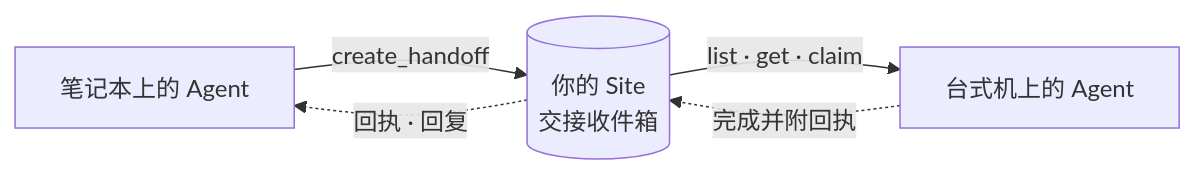
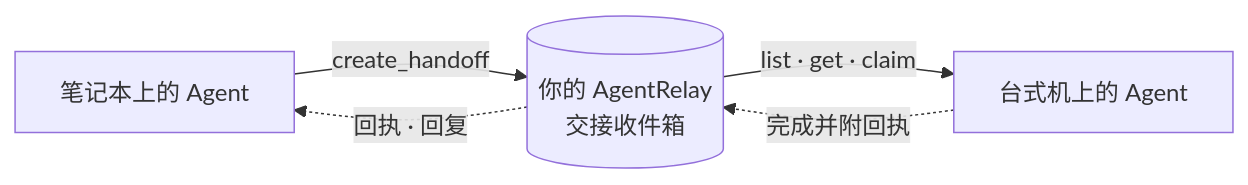
One commit to Yide-Milo-Li/AgentRelay changed the diagram in README.zh-CN.md. Above: the diagram before and after it, drawn with Mermaid. The commit also changed other lines of this file and 162 other files, not shown here.

First line of the commit message:
feat: deploy AgentRelay to your own Cloudflare account

````diff
--- a/README.zh-CN.md
+++ b/README.zh-CN.md
@@ -34,7 +34,7 @@
 ```mermaid
 flowchart LR
-    A["笔记本上的 Agent"] -- "create_handoff" --> S[("你的 Site<br/>交接收件箱")]
+    A["笔记本上的 Agent"] -- "create_handoff" --> S[("你的 AgentRelay<br/>交接收件箱")]
     S -- "list · get · claim" --> B["台式机上的 Agent"]
     B -. "完成并附回执" .-> S
     S -. "回执 · 回复" .-> A
 ```
````
